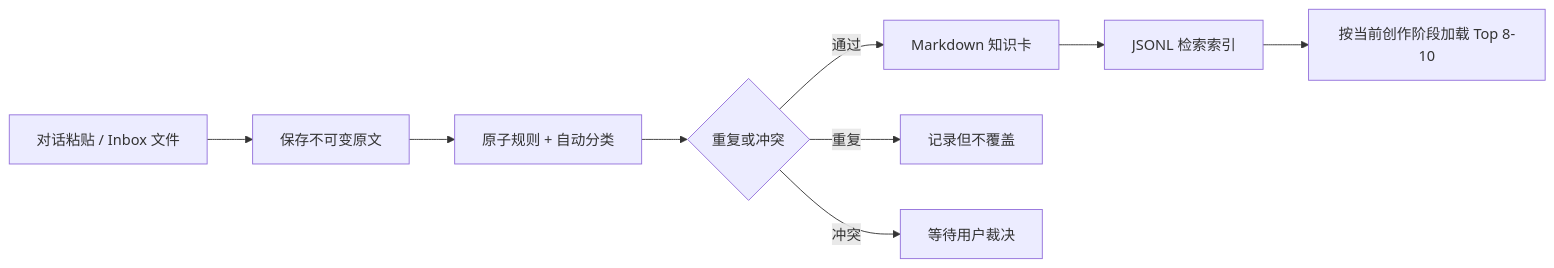
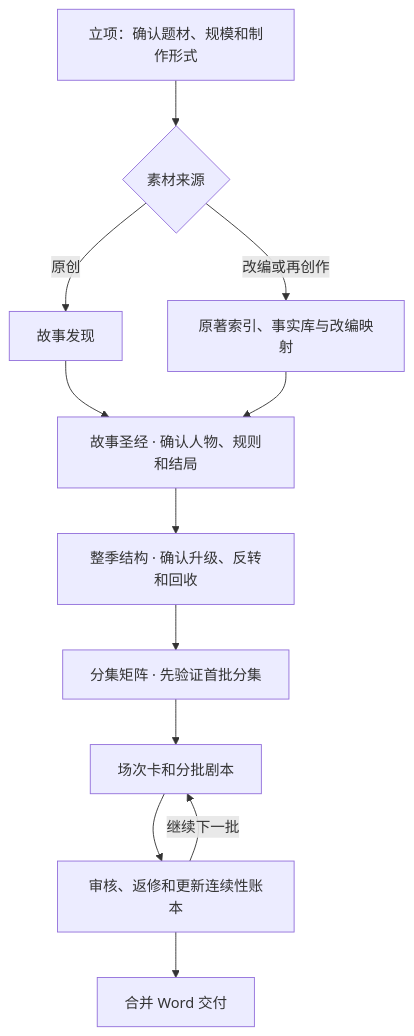
Before and after one commit to CodeBlueFriend/mm-write-short-drama: the diagram in README.md, drawn with Mermaid. The commit also changed other lines of this file and 2 other files, not shown here.

````diff
--- a/README.md
+++ b/README.md
@@ -155,11 +79,14 @@
 ```mermaid
-flowchart LR
-    A["对话粘贴 / Inbox 文件"] --> B["保存不可变原文"]
-    B --> C["原子规则 + 自动分类"]
-    C --> D{"重复或冲突"}
-    D -->|通过| E["Markdown 知识卡"]
-    D -->|重复| F["记录但不覆盖"]
-    D -->|冲突| G["等待用户裁决"]
-    E --> H["JSONL 检索索引"]
-    H --> I["按当前创作阶段加载 Top 8-10"]
+flowchart TD
+    A["立项：确认题材、规模和制作形式"] --> B{"素材来源"}
+    B -->|原创| C["故事发现"]
+    B -->|改编或再创作| D["原著索引、事实库与改编映射"]
+    C --> E["故事圣经 · 确认人物、规则和结局"]
+    D --> E
+    E --> F["整季结构 · 确认升级、反转和回收"]
+    F --> G["分集矩阵 · 先验证首批分集"]
+    G --> H["场次卡和分批剧本"]
+    H --> I["审核、返修和更新连续性账本"]
+    I --> J["合并 Word 交付"]
+    I -->|继续下一批| H
 ```
````
